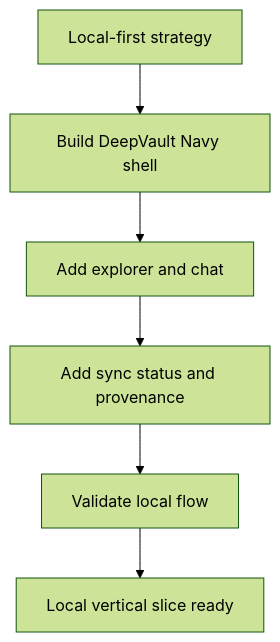
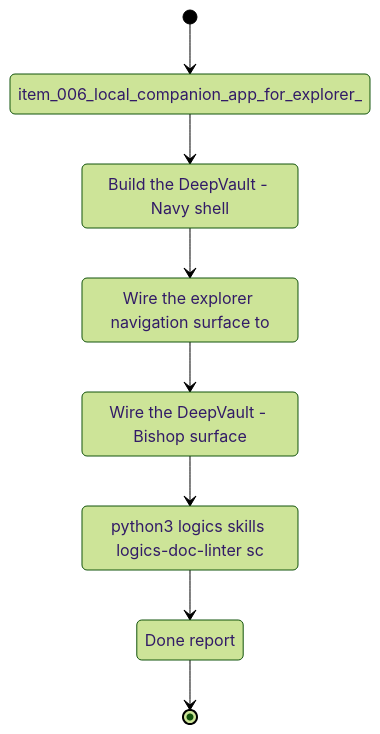
One commit to AlexAgo83/deepvault changed the diagram in logics/tasks/task_001_local_companion_vertical_slice.md. Above: the diagram before and after it, drawn with Mermaid (forest theme). The commit also changed other lines of this file and 28 other files, not shown here.

Commit message:
Align DeepVault docs and UI workflow guardrails

````diff
--- a/logics/tasks/task_001_local_companion_vertical_slice.md
+++ b/logics/tasks/task_001_local_companion_vertical_slice.md
@@ -17,9 +17,18 @@
 ```mermaid
+%% logics-kind: task
 %% logics-signature: task|deepvault-navy-vertical-slice|item-006-local-companion-app-for-explore|build-the-deepvault-navy-shell|python3-logics-skills-logics-doc-linter-
-flowchart TD
-    Request[Local-first strategy] --> Step1[Build DeepVault Navy shell]
-    Step1 --> Step2[Add explorer and chat]
-    Step2 --> Step3[Add sync status and provenance]
-    Step3 --> Validate[Validate local flow]
-    Validate --> Done[Local vertical slice ready]
+stateDiagram-v2
+    state "item_006_local_companion_app_for_explorer_" as Backlog
+    state "Build the DeepVault - Navy shell" as Scope
+    state "Wire the explorer navigation surface to" as Build
+    state "Wire the DeepVault - Bishop surface" as Verify
+    state "python3 logics skills logics-doc-linter sc" as Validation
+    state "Done report" as Report
+    [*] --> Backlog
+    Backlog --> Scope
+    Scope --> Build
+    Build --> Verify
+    Verify --> Validation
+    Validation --> Report
+    Report --> [*]
 ```
````
